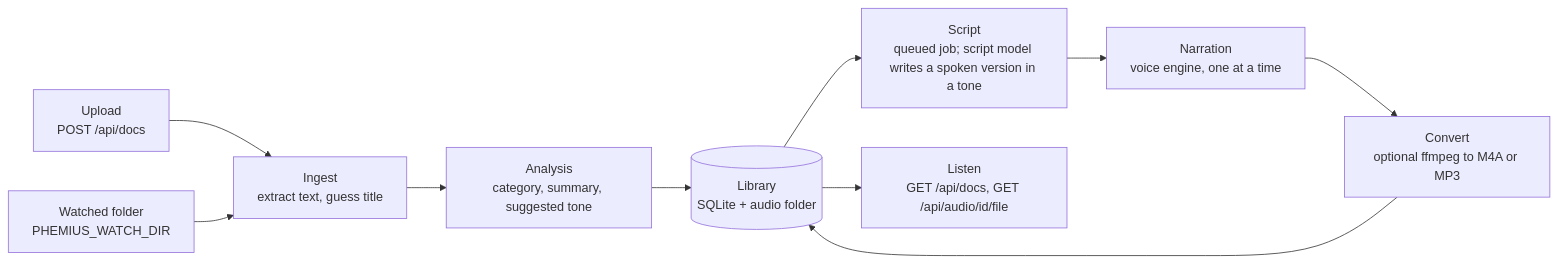
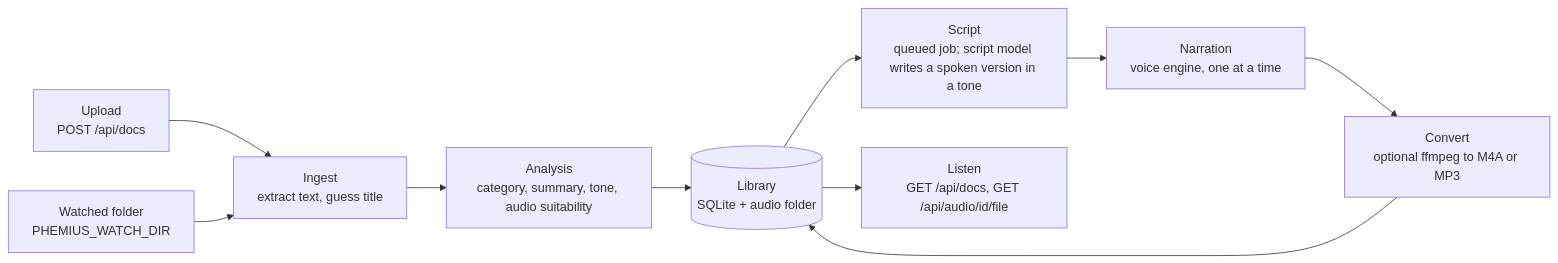
One commit to Ivangonz/phemius changed the diagram in docs/architecture.md. Above: the diagram before and after it, drawn with Mermaid. The commit also changed other lines of this file and 29 other files, not shown here.

First line of the commit message:
[backend] Flag documents not suited to audio and explain the suggested tone (#74)

````diff
--- a/docs/architecture.md
+++ b/docs/architecture.md
@@ -11,12 +11,12 @@
 ```mermaid
 flowchart LR
     upload["Upload<br/>POST /api/docs"] --> ingest
     watch["Watched folder<br/>PHEMIUS_WATCH_DIR"] --> ingest
     ingest["Ingest<br/>extract text, guess title"] --> analysis
-    analysis["Analysis<br/>category, summary, suggested tone"] --> store[("Library<br/>SQLite + audio folder")]
+    analysis["Analysis<br/>category, summary, tone, audio suitability"] --> store[("Library<br/>SQLite + audio folder")]
     store --> script["Script<br/>queued job; script model writes a spoken version in a tone"]
     script --> narration["Narration<br/>voice engine, one at a time"]
     narration --> convert["Convert<br/>optional ffmpeg to M4A or MP3"]
     convert --> store
     store --> player["Listen<br/>GET /api/docs, GET /api/audio/id/file"]
 ```
````
